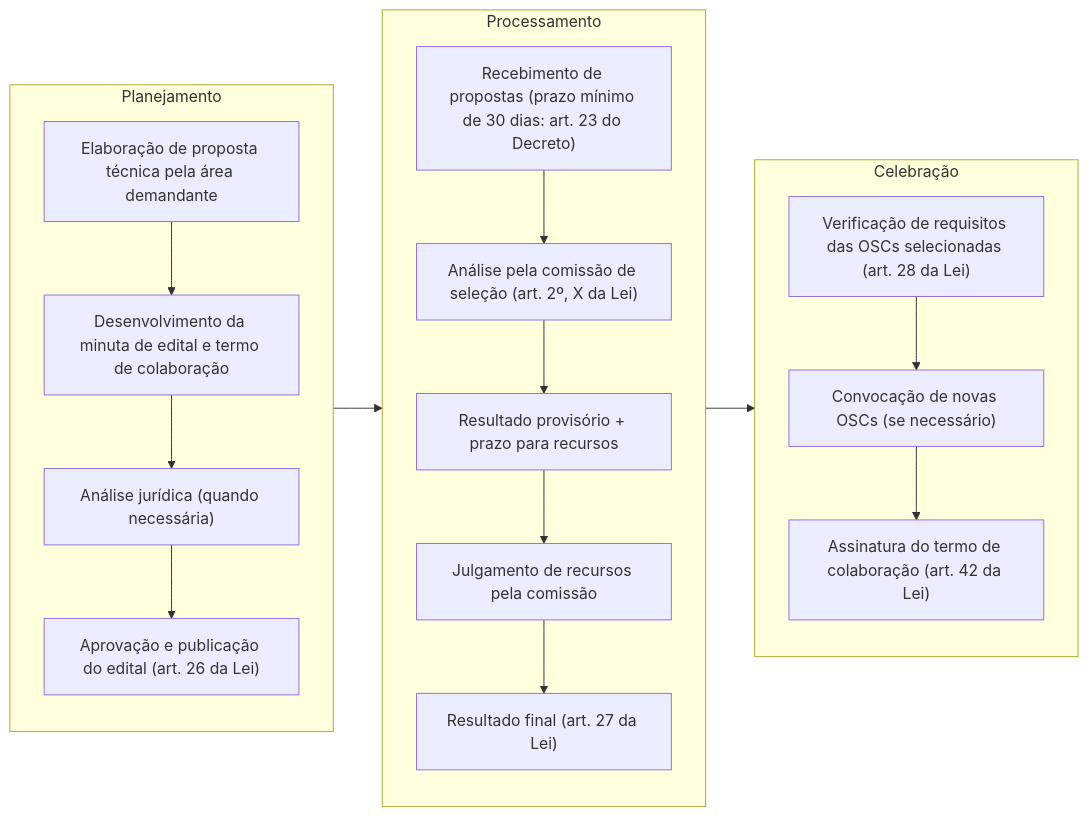
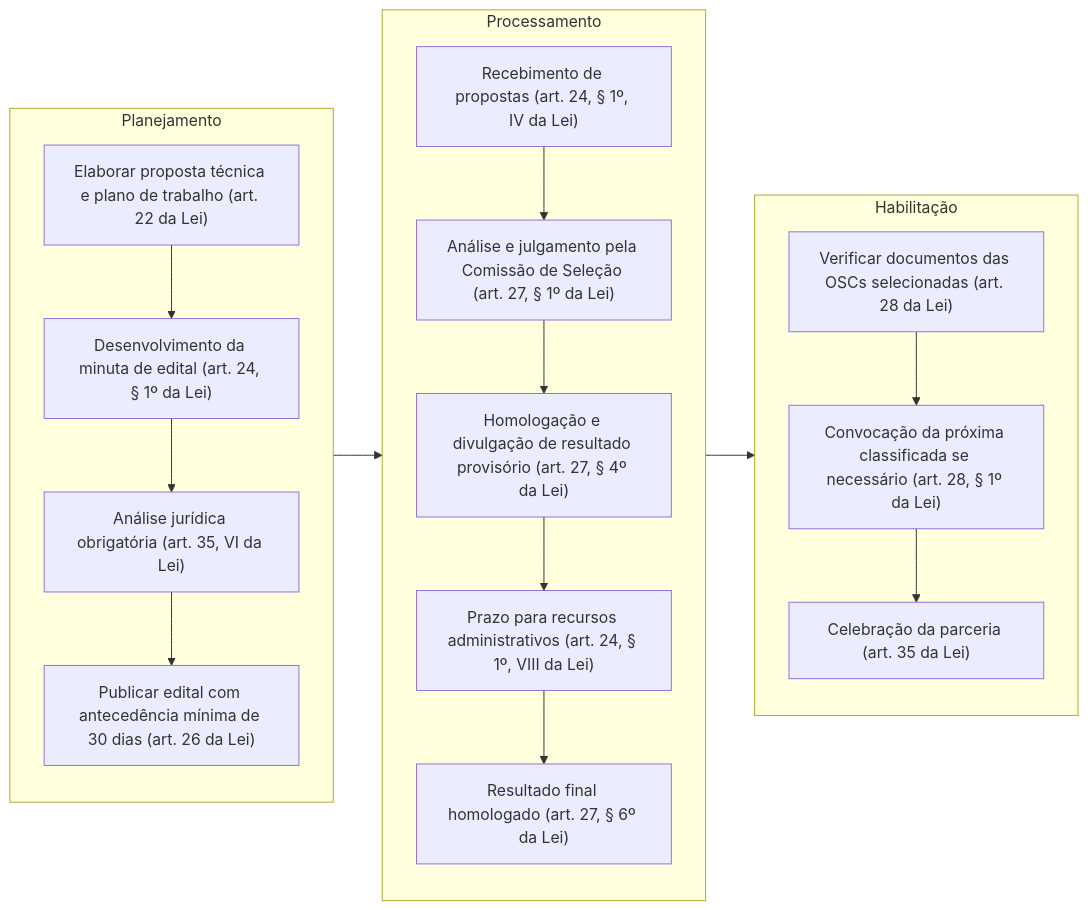
Before and after one commit to iepha-mg/manual.appi: the first of 3 diagrams in paginas/marcos_regulatorios/MROSC/TC/README.md, drawn with Mermaid.

```diff
--- a/paginas/marcos_regulatorios/MROSC/TC/README.md
+++ b/paginas/marcos_regulatorios/MROSC/TC/README.md
@@ -58,20 +58,25 @@
 <div class="mermaid">
 flowchart LR
     subgraph Planejamento
-        A1["Elaboração de proposta técnica pela área demandante"] --> A2["Desenvolvimento da minuta de edital e termo de colaboração"]
-        A2 --> A3["Análise jurídica (quando necessária)"]
-        A3 --> A4["Aprovação e publicação do edital (art. 26 da Lei)"]
+        A1["Elaborar proposta técnica e plano de trabalho (art. 22 da Lei)"]
+        A2["Desenvolvimento da minuta de edital (art. 24, § 1º da Lei)"]
+        A3["Análise jurídica obrigatória (art. 35, VI da Lei)"]
+        A4["Publicar edital com antecedência mínima de 30 dias (art. 26 da Lei)"]
+        A1 --> A2 --> A3 --> A4
     end
     subgraph Processamento
-        B1["Recebimento de propostas (prazo mínimo de 30 dias: art. 23 do Decreto)"] --> B2["Análise pela comissão de seleção (art. 2º, X da Lei)"]
-        B2 --> B3["Resultado provisório + prazo para recursos"]
-        B3 --> B4["Julgamento de recursos pela comissão"]
-        B4 --> B5["Resultado final (art. 27 da Lei)"]
+        B1["Recebimento de propostas (art. 24, § 1º, IV da Lei)"]
+        B2["Análise e julgamento pela Comissão de Seleção (art. 27, § 1º da Lei)"]
+        B3["Homologação e divulgação de resultado provisório (art. 27, § 4º da Lei)"]
+        B4["Prazo para recursos administrativos (art. 24, § 1º, VIII da Lei)"]
+        B5["Resultado final homologado (art. 27, § 6º da Lei)"]
+        B1 --> B2 --> B3 --> B4 --> B5
     end
-    subgraph Celebração
-        C1["Verificação de requisitos das OSCs selecionadas (art. 28 da Lei)"] --> C2["Convocação de novas OSCs (se necessário)"]
-        C2 --> C3["Assinatura do termo de colaboração (art. 42 da Lei)"]
+    subgraph Habilitação
+        C1["Verificar documentos das OSCs selecionadas (art. 28 da Lei)"]
+        C2["Convocação da próxima classificada se necessário (art. 28, § 1º da Lei)"]
+        C3["Celebração da parceria (art. 35 da Lei)"]
+        C1 --> C2 --> C3
     end
-    Planejamento --> Processamento
-    Processamento --> Celebração
+    Planejamento --> Processamento --> Habilitação
 </div>
```
